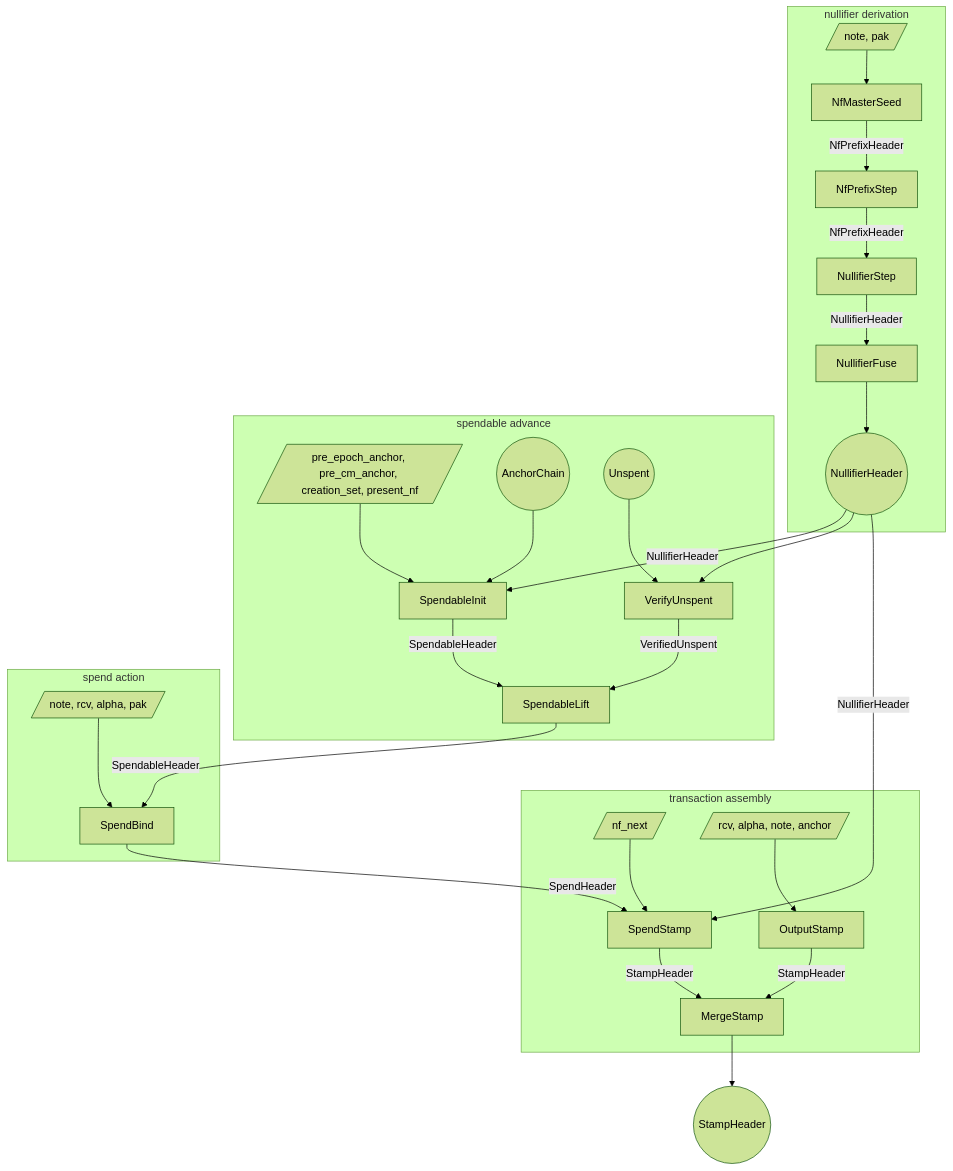
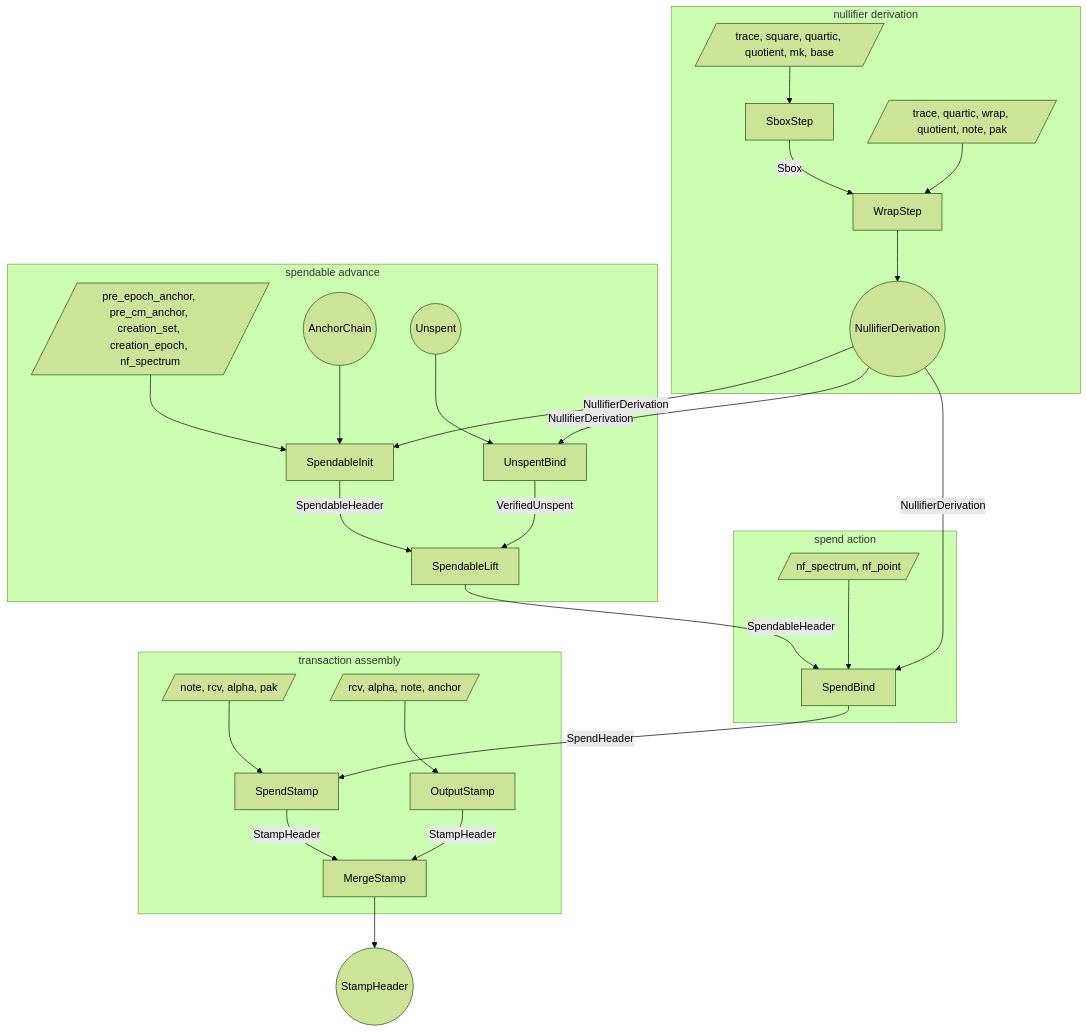
The first of 3 diagrams in book/src/proof-tree.md (tachyon-zcash/tachyon), drawn with Mermaid (forest theme) before and after one commit. The commit also changed other lines of this file and 54 other files, not shown here.

````diff
--- a/book/src/proof-tree.md
+++ b/book/src/proof-tree.md
@@ -207,60 +249,58 @@
 ```mermaid
 flowchart TB
   subgraph derive [nullifier derivation]
-    w_seed[/note, pak/]
-    s_seed[NfMasterSeed]
-    s_walk[NfPrefixStep]
-    s_leaf[NullifierStep]
-    s_dfuse[NullifierFuse]
-    nf_range((NullifierHeader))
+    w_sbox[/trace, square, quartic, quotient, mk, base/]
+    s_sbox[SboxStep]
+    w_wrap[/trace, quartic, wrap, quotient, note, pak/]
+    s_wrap[WrapStep]
+    nf_range((NullifierDerivation))
   end
 
   subgraph spendable [spendable advance]
-    w_init[/pre_epoch_anchor, pre_cm_anchor, creation_set, present_nf/]
+    w_init[/pre_epoch_anchor, pre_cm_anchor, creation_set, creation_epoch, nf_spectrum/]
     anchor_init((AnchorChain))
     s_init[SpendableInit]
     unspent_in((Unspent))
-    s_verify[VerifyUnspent]
+    s_verify[UnspentBind]
     s_lift[SpendableLift]
   end
 
   subgraph spend_action [spend action]
-    w_bind[/note, rcv, alpha, pak/]
+    w_bind[/nf_spectrum, nf_point/]
     s_bind[SpendBind]
   end
 
   subgraph merge [transaction assembly]
-    w_stamp[/nf_next/]
+    w_stamp[/note, rcv, alpha, pak/]
     s_spendstamp[SpendStamp]
     w_output[/rcv, alpha, note, anchor/]
     s_output[OutputStamp]
     s_merge[MergeStamp]
   end
 
   stamp_out((StampHeader))
 
-  w_seed --> s_seed
-  s_seed -->|NfPrefixHeader| s_walk
-  s_walk -->|NfPrefixHeader| s_leaf
-  s_leaf -->|NullifierHeader| s_dfuse
-  s_dfuse --> nf_range
+  w_sbox --> s_sbox
+  s_sbox -->|Sbox| s_wrap
+  w_wrap --> s_wrap
+  s_wrap --> nf_range
 
   anchor_init --> s_init
-  nf_range -->|NullifierHeader| s_init
+  nf_range -->|NullifierDerivation| s_init
   w_init --> s_init
-  nf_range --> s_verify
+  nf_range -->|NullifierDerivation| s_verify
   unspent_in --> s_verify
   s_init -->|SpendableHeader| s_lift
   s_verify -->|VerifiedUnspent| s_lift
   s_lift -->|SpendableHeader| s_bind
 
+  nf_range -->|NullifierDerivation| s_bind
   w_bind --> s_bind
   s_bind -->|SpendHeader| s_spendstamp
-  nf_range -->|NullifierHeader| s_spendstamp
   w_stamp --> s_spendstamp
 
   w_output --> s_output
   s_spendstamp -->|StampHeader| s_merge
   s_output -->|StampHeader| s_merge
   s_merge --> stamp_out
 ```
````
